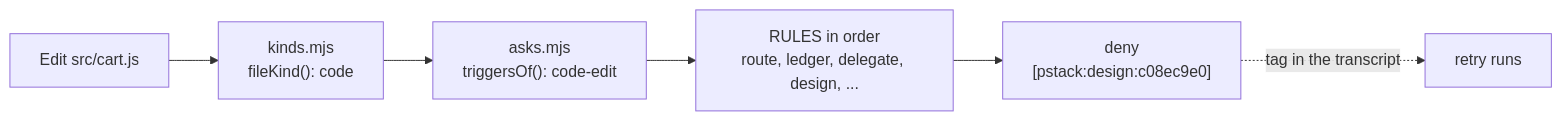
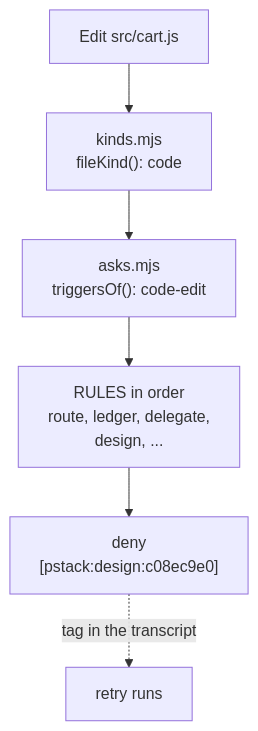
The second of 3 diagrams in README.md (EvanBatten/pstack-for-cc), drawn with Mermaid before and after one commit. The commit also changed other lines of this file and 16 other files, not shown here.

````diff
--- a/README.md
+++ b/README.md
@@ -68,8 +211,8 @@
 ```mermaid
-flowchart LR
+flowchart TB
   C["Edit src/cart.js"] --> K["kinds.mjs<br/>fileKind(): code"]
   K --> T["asks.mjs<br/>triggersOf(): code-edit"]
-  T --> R["RULES in order<br/>route, ledger, delegate, design, ..."]
+  T --> R["RULES in order<br/>route, ledger, delegate,<br/>design, ..."]
   R --> D["deny<br/>[pstack:design:c08ec9e0]"]
   D -. "tag in the transcript" .-> P["retry runs"]
 ```
````
